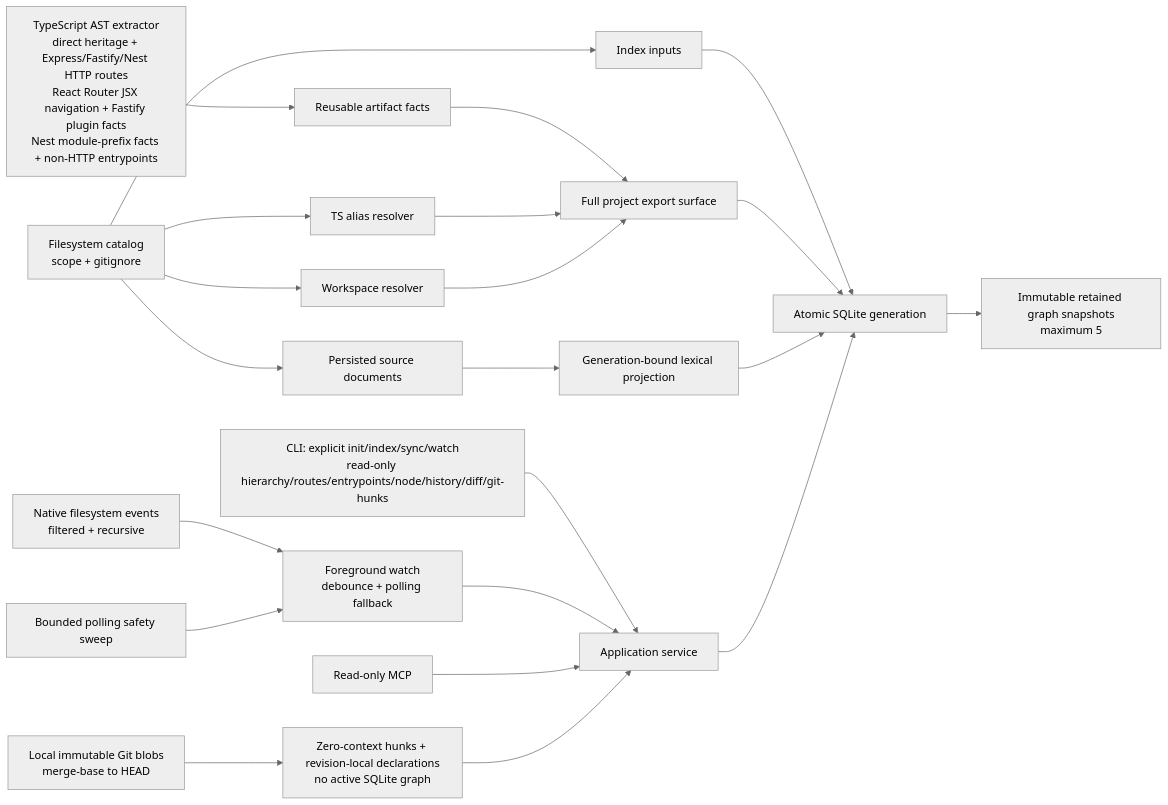
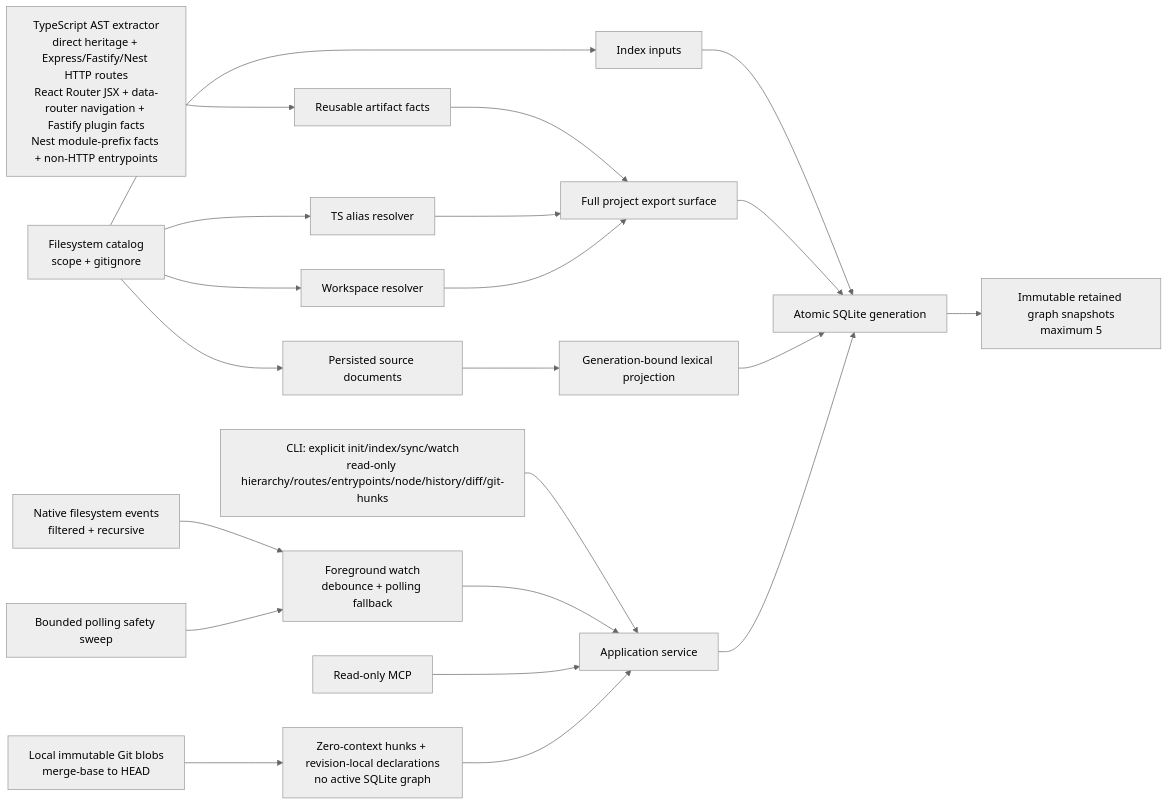
One commit to HsinPu/SymbolLattice changed the diagram in README.md. Above: the diagram before and after it, drawn with Mermaid (neutral theme). The commit also changed other lines of this file and 11 other files, not shown here.

````diff
--- a/README.md
+++ b/README.md
@@ -788,23 +809,23 @@
 ```mermaid
 flowchart LR
   CLI["CLI: explicit init/index/sync/watch\nread-only hierarchy/routes/entrypoints/node/history/diff/git-hunks"] --> App["Application service"]
   Native["Native filesystem events\nfiltered + recursive"] --> Watch["Foreground watch\ndebounce + polling fallback"]
   Timer["Bounded polling safety sweep"] --> Watch
   Watch --> App
   MCP["Read-only MCP"] --> App
   Git["Local immutable Git blobs\nmerge-base to HEAD"] --> GitHunks["Zero-context hunks + revision-local declarations\nno active SQLite graph"] --> App
   Catalog["Filesystem catalog\nscope + gitignore"] --> Inputs["Index inputs"]
   Catalog --> TS["TS alias resolver"]
   Catalog --> WS["Workspace resolver"]
-  Extractor["TypeScript AST extractor\ndirect heritage + Express/Fastify/Nest HTTP routes\nReact Router JSX navigation + Fastify plugin facts\nNest module-prefix facts + non-HTTP entrypoints"] --> Facts["Reusable artifact facts"]
+  Extractor["TypeScript AST extractor\ndirect heritage + Express/Fastify/Nest HTTP routes\nReact Router JSX + data-router navigation + Fastify plugin facts\nNest module-prefix facts + non-HTTP entrypoints"] --> Facts["Reusable artifact facts"]
   Catalog --> SourceDocs["Persisted source documents"]
   SourceDocs --> Retrieval["Generation-bound lexical projection"]
   Facts --> Resolver["Full project export surface"]
   TS --> Resolver
   WS --> Resolver
   Inputs --> SQLite["Atomic SQLite generation"]
   Resolver --> SQLite
   Retrieval --> SQLite
   SQLite --> Retained["Immutable retained graph snapshots\nmaximum 5"]
   App --> SQLite
 ```
````
